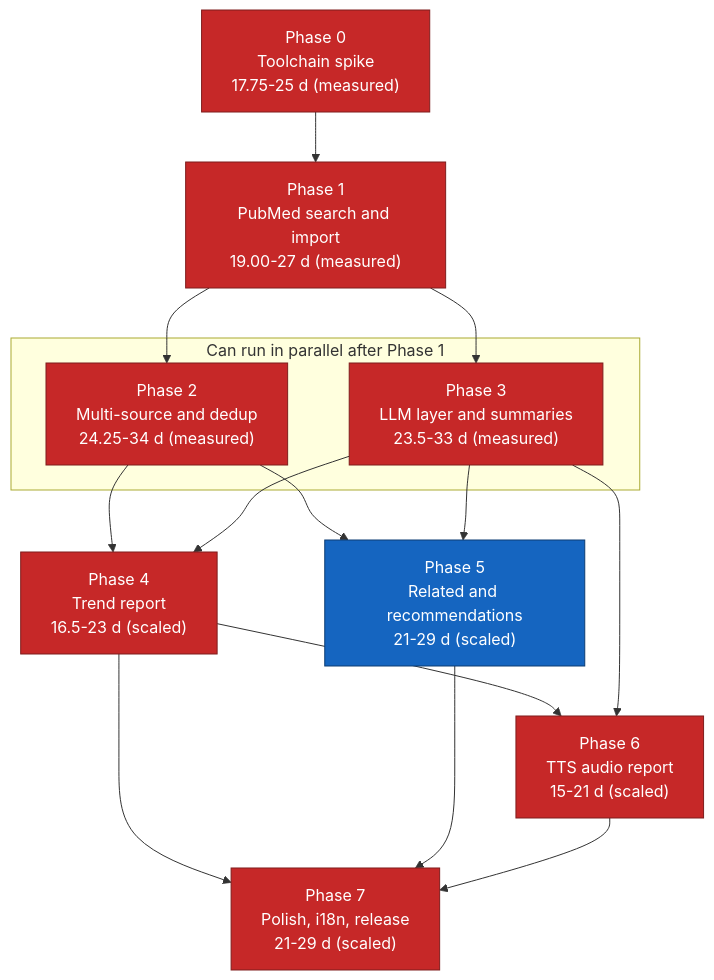
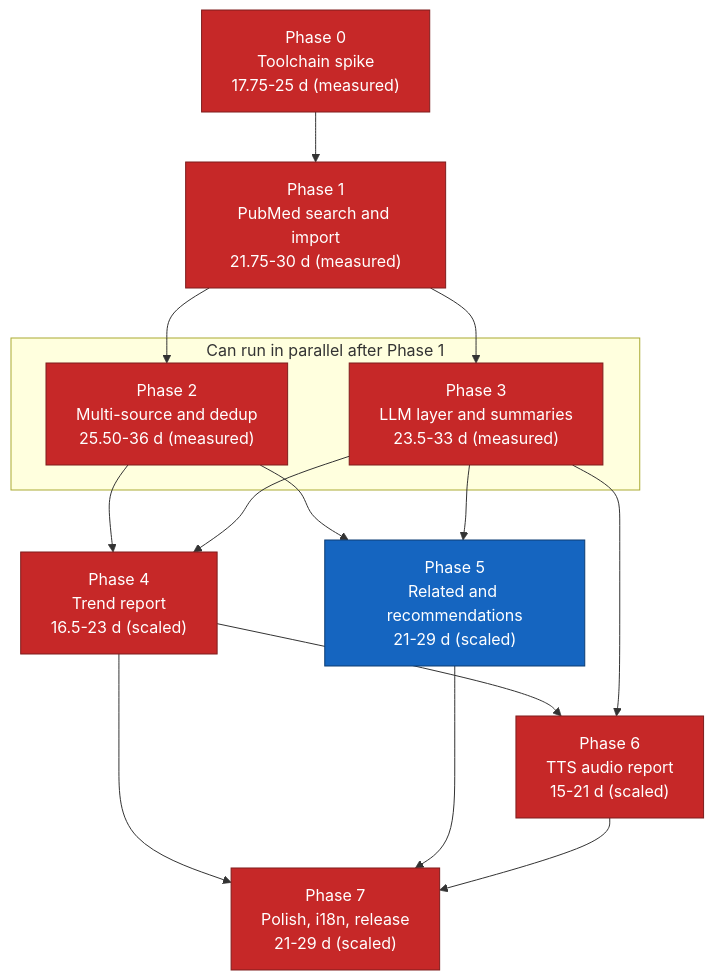
Before and after one commit to suppakoko/research_helper: the diagram in docs/11-implementation-roadmap.md, drawn with Mermaid. The commit also changed other lines of this file and 3 other files, not shown here.

````diff
--- a/docs/11-implementation-roadmap.md
+++ b/docs/11-implementation-roadmap.md
@@ -326,34 +326,34 @@
 ```mermaid
 graph TD
     P0["Phase 0<br/>Toolchain spike<br/>17.75-25 d (measured)"]
-    P1["Phase 1<br/>PubMed search and import<br/>19.00-27 d (measured)"]
-    P2["Phase 2<br/>Multi-source and dedup<br/>24.25-34 d (measured)"]
+    P1["Phase 1<br/>PubMed search and import<br/>21.75-30 d (measured)"]
+    P2["Phase 2<br/>Multi-source and dedup<br/>25.50-36 d (measured)"]
     P3["Phase 3<br/>LLM layer and summaries<br/>23.5-33 d (measured)"]
     P4["Phase 4<br/>Trend report<br/>16.5-23 d (scaled)"]
     P5["Phase 5<br/>Related and recommendations<br/>21-29 d (scaled)"]
     P6["Phase 6<br/>TTS audio report<br/>15-21 d (scaled)"]
     P7["Phase 7<br/>Polish, i18n, release<br/>21-29 d (scaled)"]
 
     P0 --> P1
     P1 --> P2
     P1 --> P3
     P2 --> P4
     P3 --> P4
     P2 --> P5
     P3 --> P5
     P4 --> P6
     P3 --> P6
     P4 --> P7
     P5 --> P7
     P6 --> P7
 
     subgraph parallel["Can run in parallel after Phase 1"]
         P2
         P3
     end
 
     classDef critical fill:#c62828,stroke:#7f1d1d,color:#ffffff
     classDef normal fill:#1565c0,stroke:#0d3c73,color:#ffffff
     class P0,P1,P2,P3,P4,P6,P7 critical
     class P5 normal
 ```
````
